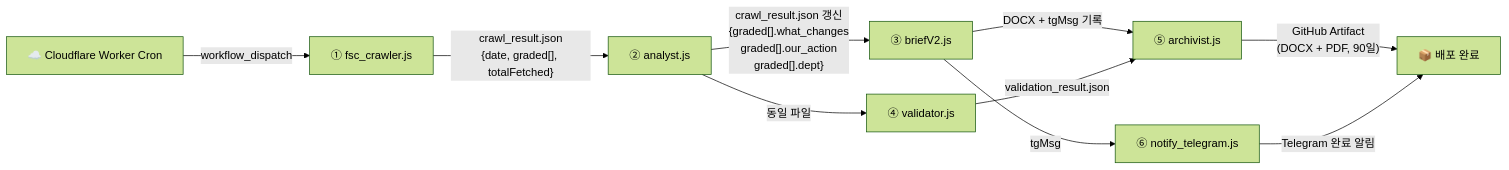
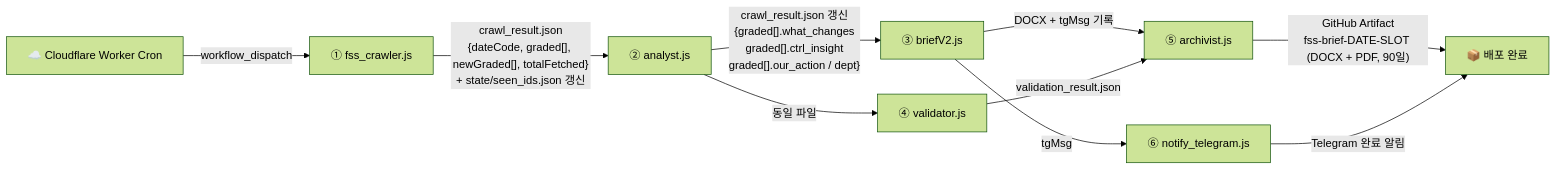
The second of 2 diagrams in docs/AGENT_ORG_CHART.md (pyorocop-lang/ibk-FSS-brief), drawn with Mermaid (forest theme) before and after one commit. The commit also changed other lines of this file and 23 other files, not shown here.

````diff
--- a/docs/AGENT_ORG_CHART.md
+++ b/docs/AGENT_ORG_CHART.md
@@ -249,12 +247,12 @@
 ```mermaid
 flowchart LR
-    TRG["☁️ Cloudflare Worker Cron"] -->|"workflow_dispatch"| A1["① fsc_crawler.js"]
-    A1 -->|"crawl_result.json\n{date, graded[], totalFetched}"| A2["② analyst.js"]
-    A2 -->|"crawl_result.json 갱신\n{graded[].what_changes\n graded[].our_action\n graded[].dept}"| A3["③ briefV2.js"]
+    TRG["☁️ Cloudflare Worker Cron"] -->|"workflow_dispatch"| A1["① fss_crawler.js"]
+    A1 -->|"crawl_result.json\n{dateCode, graded[], newGraded[], totalFetched}\n+ state/seen_ids.json 갱신"| A2["② analyst.js"]
+    A2 -->|"crawl_result.json 갱신\n{graded[].what_changes\n graded[].ctrl_insight\n graded[].our_action / dept}"| A3["③ briefV2.js"]
     A2 -->|"동일 파일"| A4["④ validator.js"]
     A3 -->|"DOCX + tgMsg 기록"| A5["⑤ archivist.js"]
     A4 -->|"validation_result.json"| A5
     A3 -->|"tgMsg"| A6["⑥ notify_telegram.js"]
-    A5 -->|"GitHub Artifact\n(DOCX + PDF, 90일)"| END["📦 배포 완료"]
+    A5 -->|"GitHub Artifact\nfss-brief-DATE-SLOT (DOCX + PDF, 90일)"| END["📦 배포 완료"]
     A6 -->|"Telegram 완료 알림"| END
 ```
````
